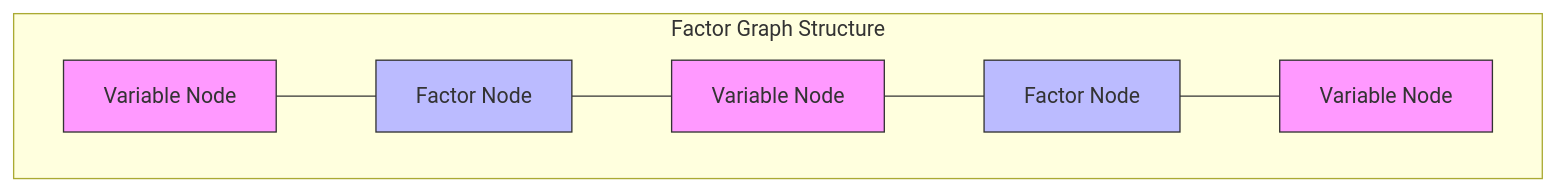
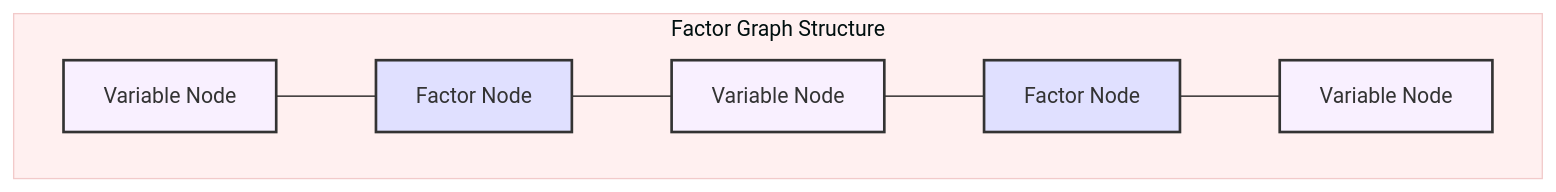
The first of 8 diagrams in docs/implementation/rxinfer/factor_graphs.md (ActiveInferenceInstitute/cognitive), drawn with Mermaid before and after one commit. The commit also changed other lines of this file and 7 other files, not shown here.

````diff
--- a/docs/implementation/rxinfer/factor_graphs.md
+++ b/docs/implementation/rxinfer/factor_graphs.md
@@ -27,14 +29,17 @@
 ```mermaid
+%%{init: {"theme": "base", "themeVariables": { "primaryColor": "#f9f0ff", "secondaryColor": "#e0e0ff", "tertiaryColor": "#fff0f0"}}}%%
 graph TD
-    subgraph Factor Graph Structure
+    subgraph "Factor Graph Structure"
+        direction LR
         V1[Variable Node] --- F1[Factor Node]
         F1 --- V2[Variable Node]
         V2 --- F2[Factor Node]
         F2 --- V3[Variable Node]
+        
+        classDef varNode fill:#f9f0ff,stroke:#333,stroke-width:2px;
+        classDef factorNode fill:#e0e0ff,stroke:#333,stroke-width:2px;
+        
+        class V1,V2,V3 varNode;
+        class F1,F2 factorNode;
     end
-    style V1 fill:#f9f,stroke:#333
-    style V2 fill:#f9f,stroke:#333
-    style V3 fill:#f9f,stroke:#333
-    style F1 fill:#bbf,stroke:#333
-    style F2 fill:#bbf,stroke:#333
 ```
````
